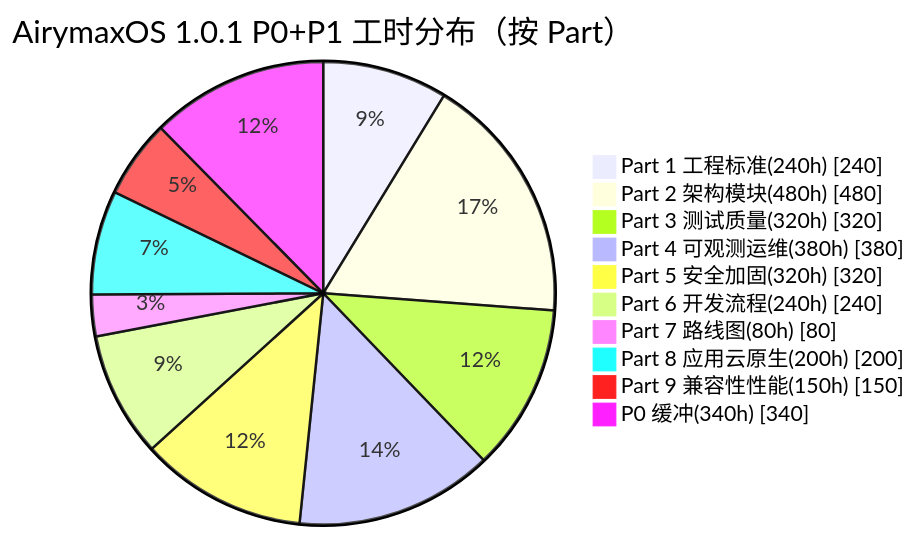
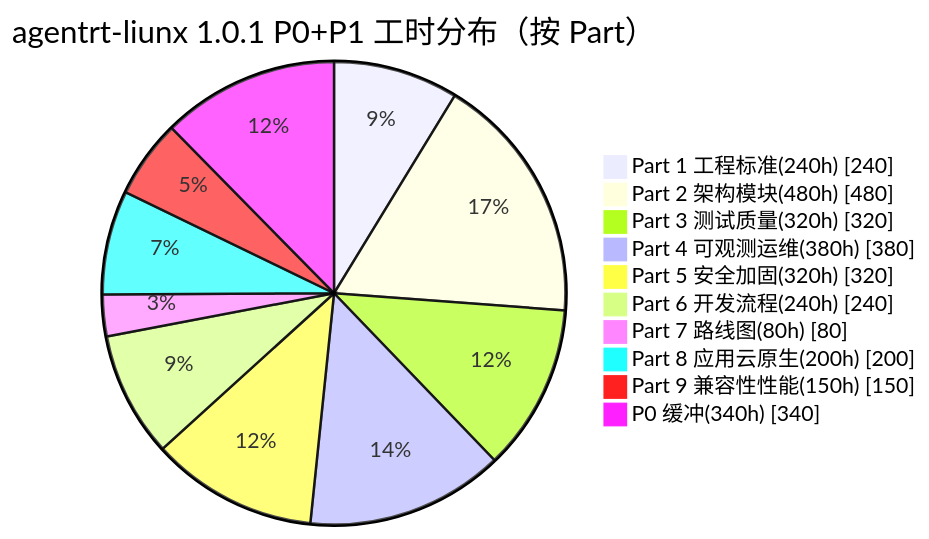
The first of 5 diagrams in AirymaxAgentOS/130-roadmap/03-resource-estimation.md (openairymax/docs), drawn with Mermaid before and after one commit. The commit also changed other lines of this file and 99 other files, not shown here.

````diff
--- a/AirymaxAgentOS/130-roadmap/03-resource-estimation.md
+++ b/AirymaxAgentOS/130-roadmap/03-resource-estimation.md
@@ -73,14 +73,14 @@
 ```mermaid
 pie showData
-    title AirymaxOS 1.0.1 P0+P1 工时分布（按 Part）
+    title agentrt-liunx 1.0.1 P0+P1 工时分布（按 Part）
     "Part 1 工程标准(240h)" : 240
     "Part 2 架构模块(480h)" : 480
     "Part 3 测试质量(320h)" : 320
     "Part 4 可观测运维(380h)" : 380
     "Part 5 安全加固(320h)" : 320
     "Part 6 开发流程(240h)" : 240
     "Part 7 路线图(80h)" : 80
     "Part 8 应用云原生(200h)" : 200
     "Part 9 兼容性性能(150h)" : 150
     "P0 缓冲(340h)" : 340
 ```
````
